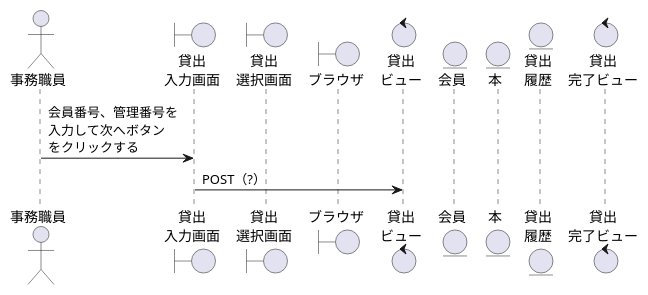
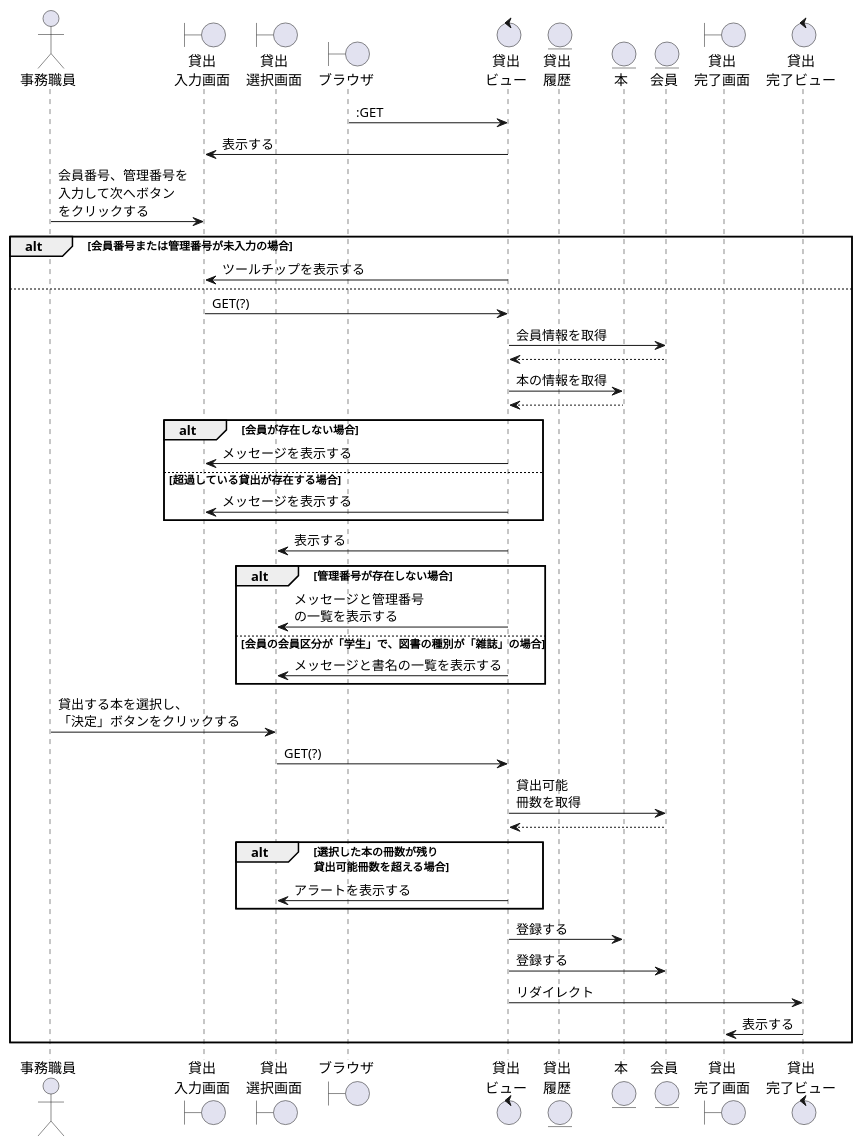
The diagram in 効果測定/貸出.wsd (ysyk-wtnb16/team_D), drawn with PlantUML before and after one commit. The commit also changed 3 other files, not shown here.

```diff
--- a/効果測定/貸出.wsd
+++ b/効果測定/貸出.wsd
@@ -1,18 +1,49 @@
 @startuml KD
 
 actor "事務職員" as staff
 boundary "貸出\n入力画面" as KDIns
 boundary "貸出\n選択画面" as KDSelects
 boundary "ブラウザ" as brz
 control "貸出\nビュー" as KDv
+entity "貸出\n履歴" as KDR
+entity "本" as book
 entity "会員" as member
-entity "本" as book
-entity "貸出\n履歴" as KDR
+boundary "貸出\n完了画面" as KDOKs
 control "貸出\n完了ビュー" as KDOKv
 
-
+brz -> KDv::GET
+KDIns <- KDv:表示する
 staff -> KDIns: 会員番号、管理番号を\n入力して次へボタン\nをクリックする
-KDIns -> KDv: POST（?）
-
+alt 会員番号または管理番号が未入力の場合
+    KDIns <- KDv: ツールチップを表示する
+else 
+    KDIns -> KDv: GET(?)
+    KDv -> member: 会員情報を取得
+    KDv <-- member
+    KDv -> book: 本の情報を取得
+    KDv <-- book
+    alt 会員が存在しない場合
+        KDIns <- KDv: メッセージを表示する
+    else 超過している貸出が存在する場合
+        KDIns <- KDv:メッセージを表示する
+    end
+    KDSelects <- KDv:表示する
+    alt 管理番号が存在しない場合
+        KDSelects <- KDv: メッセージと管理番号\nの一覧を表示する
+    else 会員の会員区分が「学生」で、図書の種別が「雑誌」の場合
+        KDSelects <- KDv: メッセージと書名の一覧を表示する
+    end
+    staff -> KDSelects:貸出する本を選択し、\n「決定」ボタンをクリックする
+    KDSelects -> KDv:GET(?)
+    KDv -> member:貸出可能\n冊数を取得
+    KDv <-- member:
+    alt 選択した本の冊数が残り\n貸出可能冊数を超える場合
+        KDSelects <- KDv:アラートを表示する
+    end
+    KDv -> book:登録する
+    KDv -> member:登録する
+    KDv -> KDOKv:リダイレクト
+    KDOKs <-KDOKv:表示する
+end
 
 @enduml
```
